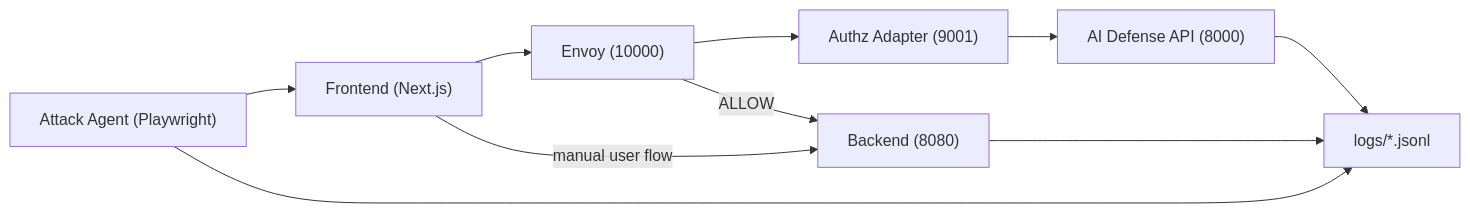
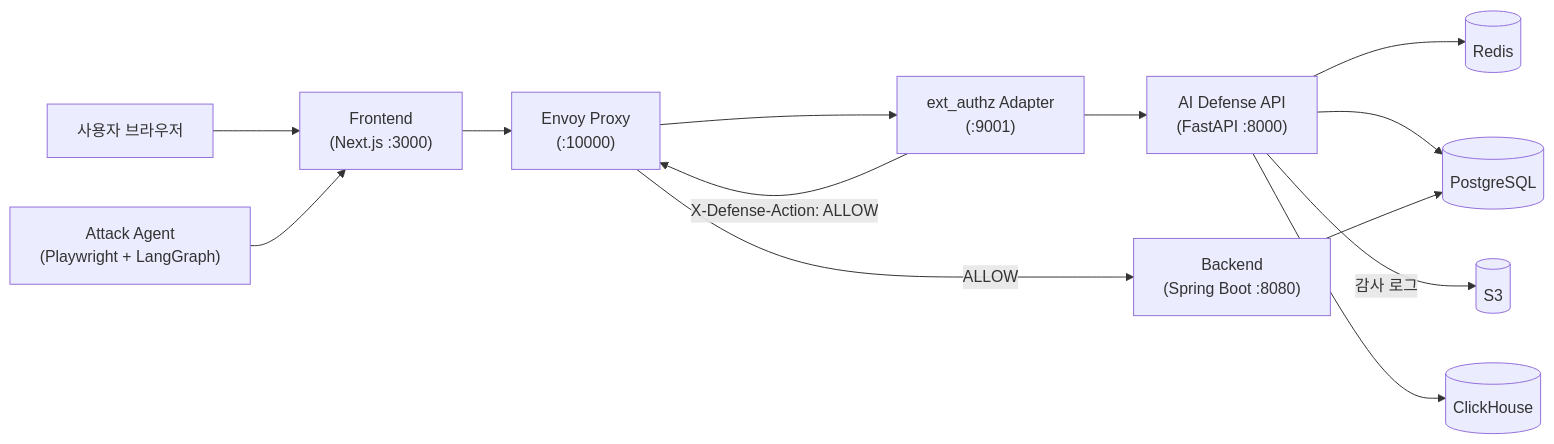
The first of 4 diagrams in README.md (goorm-gongbang/201-goormgb-ai), drawn with Mermaid before and after one commit. The commit also changed other lines of this file and 2 other files, not shown here.

````diff
--- a/README.md
+++ b/README.md
@@ -33,19 +74,28 @@
 ```mermaid
 flowchart LR
-  FE["Frontend (Next.js)"]
-  EV["Envoy (10000)"]
-  AD["Authz Adapter (9001)"]
-  AI["AI Defense API (8000)"]
-  BE["Backend (8080)"]
-  AG["Attack Agent (Playwright)"]
-  LG["logs/*.jsonl"]
+  User["사용자 브라우저"]
+  FE["Frontend\n(Next.js :3000)"]
+  EV["Envoy Proxy\n(:10000)"]
+  AD["ext_authz Adapter\n(:9001)"]
+  AI["AI Defense API\n(FastAPI :8000)"]
+  BE["Backend\n(Spring Boot :8080)"]
+  AG["Attack Agent\n(Playwright + LangGraph)"]
+  REDIS[("Redis")]
+  PG[("PostgreSQL")]
+  CH[("ClickHouse")]
+  S3[("S3")]
 
+  User --> FE
   FE --> EV
-  EV --> AD --> AI
+  EV --> AD
+  AD --> AI
+  AI --> REDIS
+  AI --> PG
+  AD -->|"X-Defense-Action: ALLOW"| EV
   EV -->|"ALLOW"| BE
-  FE -->|"manual user flow"| BE
+  BE --> PG
+
+  AI -->|"감사 로그"| S3
+  AI --> CH
   AG --> FE
-  AI --> LG
-  BE --> LG
-  AG --> LG
 ```
````
